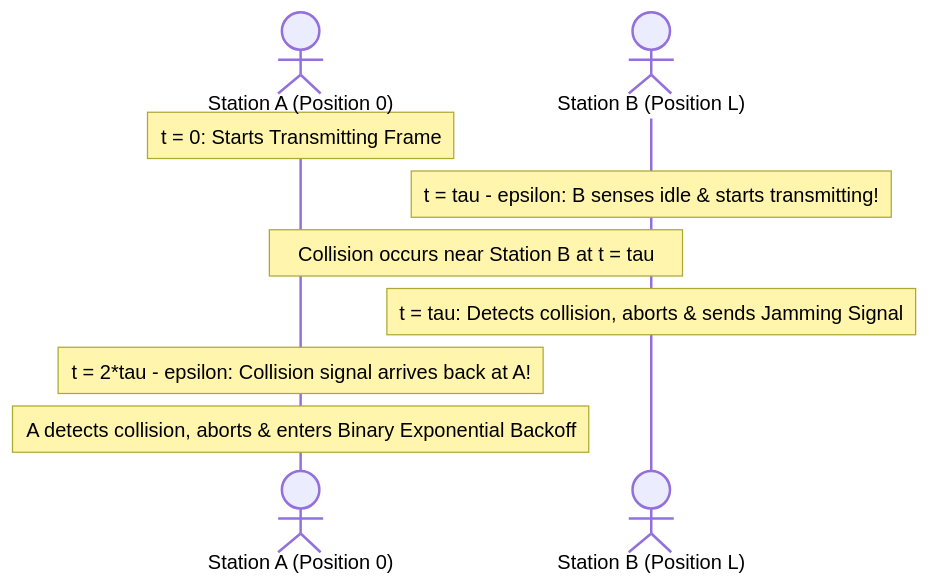
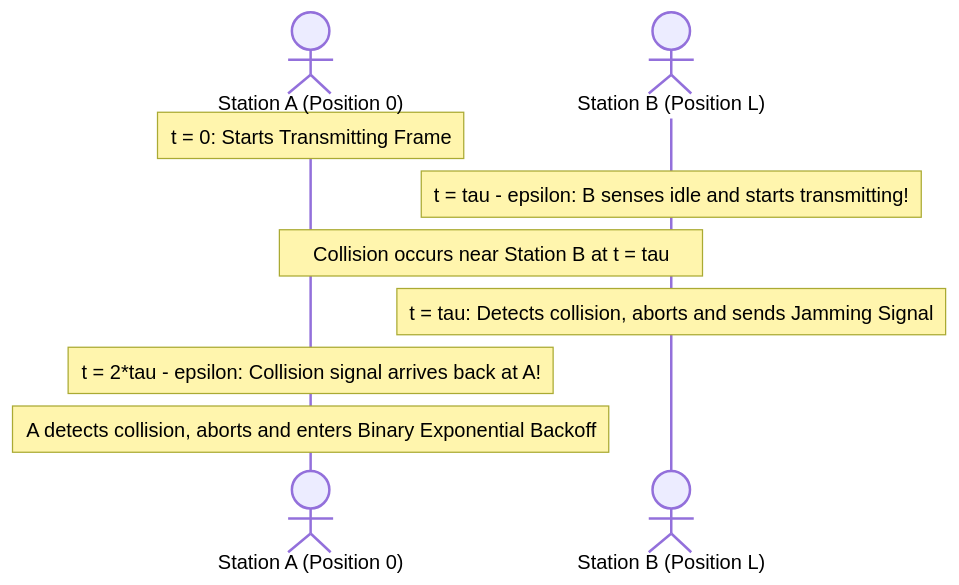
Before and after one commit to DeepLumiere/DeepSkills: the fourth of 12 diagrams in notes/computer_networks/Chapter_4_MAC_Layer.md, drawn with Mermaid. The commit also changed other lines of this file and 23 other files, not shown here.

First line of the commit message:
fix: sanitize all Mermaid 10.x diagrams and expand Microprocessors exam guide

````diff
--- a/notes/computer_networks/Chapter_4_MAC_Layer.md
+++ b/notes/computer_networks/Chapter_4_MAC_Layer.md
@@ -225,13 +225,13 @@
 ```mermaid
 sequenceDiagram
     autonumber
     actor A as Station A (Position 0)
     actor B as Station B (Position L)
 
     Note over A: t = 0: Starts Transmitting Frame
-    Note over B: t = tau - epsilon: B senses idle & starts transmitting!
+    Note over B: t = tau - epsilon: B senses idle and starts transmitting!
     Note over A,B: Collision occurs near Station B at t = tau
-    Note over B: t = tau: Detects collision, aborts & sends Jamming Signal
+    Note over B: t = tau: Detects collision, aborts and sends Jamming Signal
     Note over A: t = 2*tau - epsilon: Collision signal arrives back at A!
-    Note over A: A detects collision, aborts & enters Binary Exponential Backoff
+    Note over A: A detects collision, aborts and enters Binary Exponential Backoff
 ```
````
